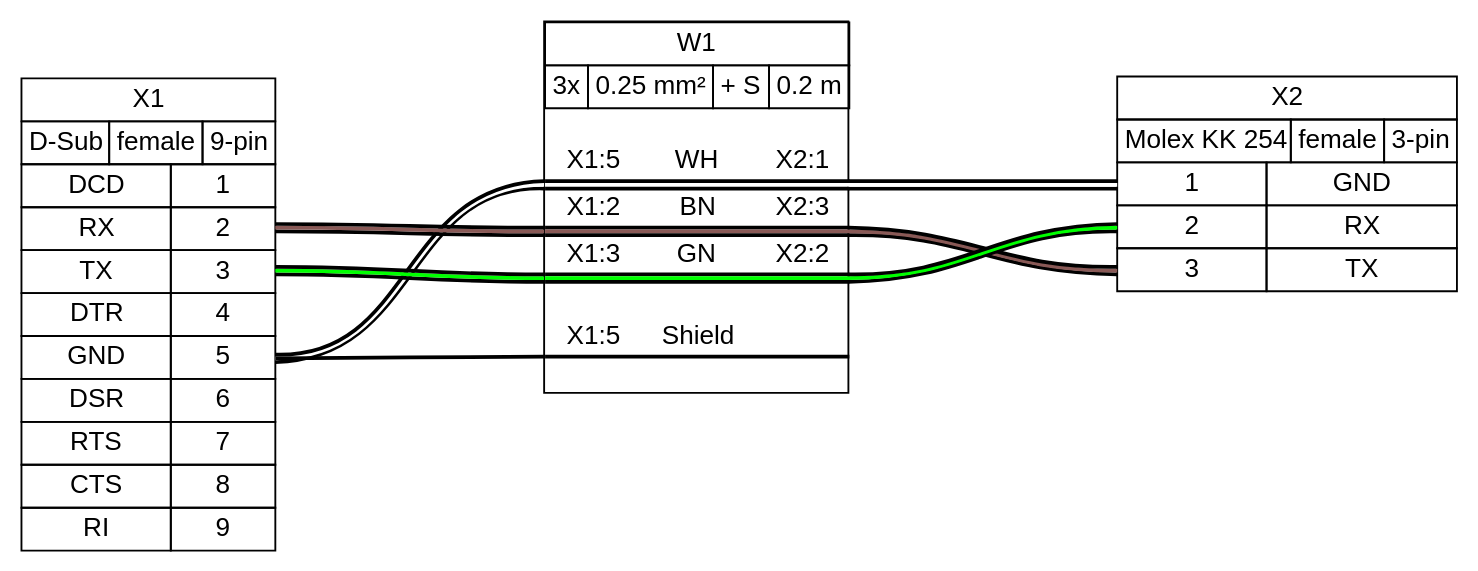
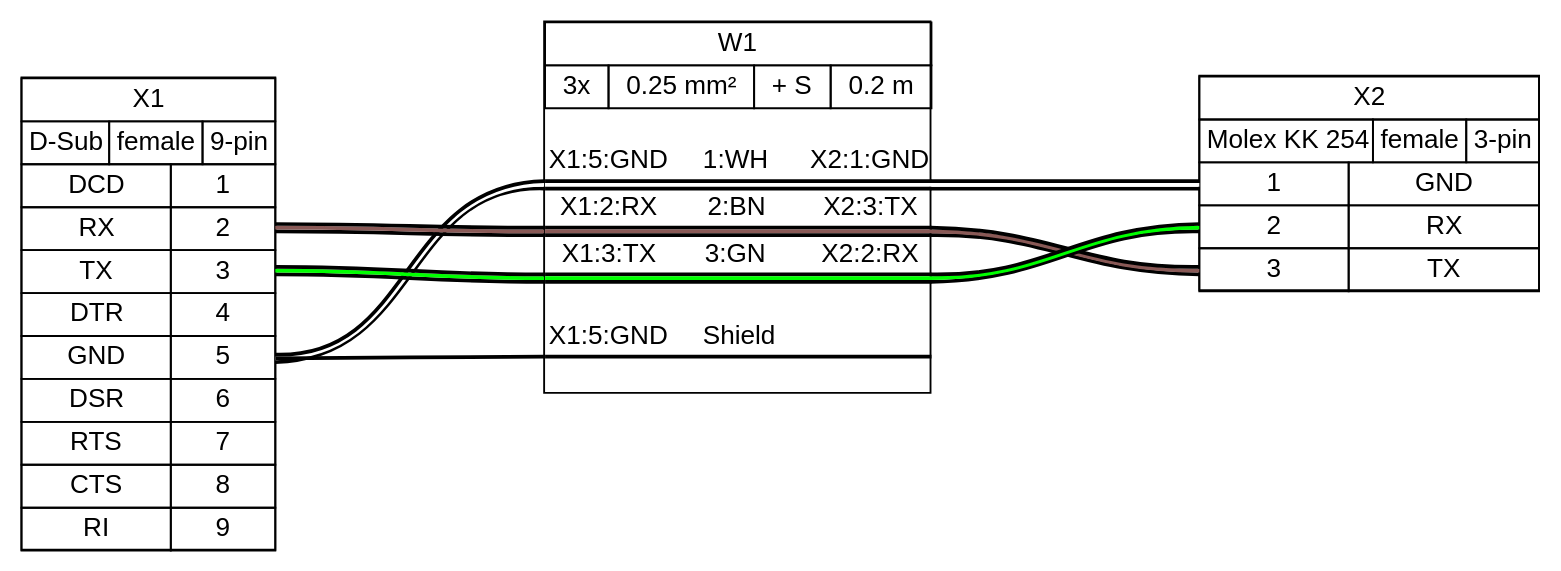
Before and after one commit to thestumbler/cables-with-wireviz: the diagram in examples/demo01.gv, drawn with Graphviz. The commit also changed 93 other files, not shown here.

```diff
--- a/examples/demo01.gv
+++ b/examples/demo01.gv
@@ -1,178 +1,184 @@
 graph {
-// Graph generated by WireViz 0.2
-// https://github.com/formatc1702/WireViz
-	graph [bgcolor=white fontname=arial nodesep=0.33 rankdir=LR ranksep=2]
-	node [fillcolor=white fontname=arial shape=record style=filled]
+// Graph generated by WireViz 0.4.1
+// https://github.com/wireviz/WireViz
+	graph [bgcolor="#FFFFFF" fontname=arial nodesep=0.33 rankdir=LR ranksep=2]
+	node [fillcolor="#FFFFFF" fontname=arial height=0 margin=0 shape=none style=filled width=0]
 	edge [fontname=arial style=bold]
 	X1 [label=<
 <table border="0" cellspacing="0" cellpadding="0">
  <tr><td>
   <table border="0" cellspacing="0" cellpadding="3" cellborder="1"><tr>
    <td balign="left">X1</td>
   </tr></table>
  </td></tr>
  <tr><td>
   <table border="0" cellspacing="0" cellpadding="3" cellborder="1"><tr>
    <td balign="left">D-Sub</td>
    <td balign="left">female</td>
    <td balign="left">9-pin</td>
   </tr></table>
  </td></tr>
  <tr><td>
   <table border="0" cellspacing="0" cellpadding="3" cellborder="1">
    <tr>
     <td>DCD</td>
     <td port="p1r">1</td>
    </tr>
    <tr>
     <td>RX</td>
     <td port="p2r">2</td>
    </tr>
    <tr>
     <td>TX</td>
     <td port="p3r">3</td>
    </tr>
    <tr>
     <td>DTR</td>
     <td port="p4r">4</td>
    </tr>
    <tr>
     <td>GND</td>
     <td port="p5r">5</td>
    </tr>
    <tr>
     <td>DSR</td>
     <td port="p6r">6</td>
    </tr>
    <tr>
     <td>RTS</td>
     <td port="p7r">7</td>
    </tr>
    <tr>
     <td>CTS</td>
     <td port="p8r">8</td>
    </tr>
    <tr>
     <td>RI</td>
     <td port="p9r">9</td>
    </tr>
   </table>
  </td></tr>
 </table>
-> fillcolor=white margin=0 shape=none style=filled]
+> fillcolor="#FFFFFF" shape=box style=filled]
 	X2 [label=<
 <table border="0" cellspacing="0" cellpadding="0">
  <tr><td>
   <table border="0" cellspacing="0" cellpadding="3" cellborder="1"><tr>
    <td balign="left">X2</td>
   </tr></table>
  </td></tr>
  <tr><td>
   <table border="0" cellspacing="0" cellpadding="3" cellborder="1"><tr>
    <td balign="left">Molex KK 254</td>
    <td balign="left">female</td>
    <td balign="left">3-pin</td>
   </tr></table>
  </td></tr>
  <tr><td>
   <table border="0" cellspacing="0" cellpadding="3" cellborder="1">
    <tr>
     <td port="p1l">1</td>
     <td>GND</td>
    </tr>
    <tr>
     <td port="p2l">2</td>
     <td>RX</td>
    </tr>
    <tr>
     <td port="p3l">3</td>
     <td>TX</td>
    </tr>
   </table>
  </td></tr>
 </table>
-> fillcolor=white margin=0 shape=none style=filled]
+> fillcolor="#FFFFFF" shape=box style=filled]
 	edge [color="#000000:#ffffff:#000000"]
 	X1:p5r:e -- W1:w1:w
 	W1:w1:e -- X2:p1l:w
 	edge [color="#000000:#895956:#000000"]
 	X1:p2r:e -- W1:w2:w
 	W1:w2:e -- X2:p3l:w
 	edge [color="#000000:#00ff00:#000000"]
 	X1:p3r:e -- W1:w3:w
 	W1:w3:e -- X2:p2l:w
 	edge [color="#000000"]
 	X1:p5r:e -- W1:ws:w
 	W1 [label=<
 <table border="0" cellspacing="0" cellpadding="0">
  <tr><td>
   <table border="0" cellspacing="0" cellpadding="3" cellborder="1"><tr>
    <td balign="left">W1</td>
   </tr></table>
  </td></tr>
  <tr><td>
   <table border="0" cellspacing="0" cellpadding="3" cellborder="1"><tr>
    <td balign="left">3x</td>
    <td balign="left">0.25 mm²</td>
    <td balign="left">+ S</td>
    <td balign="left">0.2 m</td>
   </tr></table>
  </td></tr>
  <tr><td>
   <table border="0" cellspacing="0" cellborder="0">
    <tr><td>&nbsp;</td></tr>
    <tr>
-    <td>X1:5</td>
-    <td>WH</td>
-    <td>X2:1</td>
+    <td>X1:5:GND</td>
+    <td>
+     1:WH
+    </td>
+    <td>X2:1:GND</td>
    </tr>
    <tr>
     <td colspan="3" border="0" cellspacing="0" cellpadding="0" port="w1" height="6">
      <table cellspacing="0" cellborder="0" border="0">
       <tr><td colspan="3" cellpadding="0" height="2" bgcolor="#000000" border="0"></td></tr>
       <tr><td colspan="3" cellpadding="0" height="2" bgcolor="#ffffff" border="0"></td></tr>
       <tr><td colspan="3" cellpadding="0" height="2" bgcolor="#000000" border="0"></td></tr>
      </table>
     </td>
    </tr>
    <tr>
-    <td>X1:2</td>
-    <td>BN</td>
-    <td>X2:3</td>
+    <td>X1:2:RX</td>
+    <td>
+     2:BN
+    </td>
+    <td>X2:3:TX</td>
    </tr>
    <tr>
     <td colspan="3" border="0" cellspacing="0" cellpadding="0" port="w2" height="6">
      <table cellspacing="0" cellborder="0" border="0">
       <tr><td colspan="3" cellpadding="0" height="2" bgcolor="#000000" border="0"></td></tr>
       <tr><td colspan="3" cellpadding="0" height="2" bgcolor="#895956" border="0"></td></tr>
       <tr><td colspan="3" cellpadding="0" height="2" bgcolor="#000000" border="0"></td></tr>
      </table>
     </td>
    </tr>
    <tr>
-    <td>X1:3</td>
-    <td>GN</td>
-    <td>X2:2</td>
+    <td>X1:3:TX</td>
+    <td>
+     3:GN
+    </td>
+    <td>X2:2:RX</td>
    </tr>
    <tr>
     <td colspan="3" border="0" cellspacing="0" cellpadding="0" port="w3" height="6">
      <table cellspacing="0" cellborder="0" border="0">
       <tr><td colspan="3" cellpadding="0" height="2" bgcolor="#000000" border="0"></td></tr>
       <tr><td colspan="3" cellpadding="0" height="2" bgcolor="#00ff00" border="0"></td></tr>
       <tr><td colspan="3" cellpadding="0" height="2" bgcolor="#000000" border="0"></td></tr>
      </table>
     </td>
    </tr>
    <tr><td>&nbsp;</td></tr>
    <tr>
-    <td>X1:5</td>
+    <td>X1:5:GND</td>
     <td>Shield</td>
     <td><!-- s_out --></td>
    </tr>
    <tr><td colspan="3" cellpadding="0" height="2" bgcolor="#000000" border="0" port="ws"></td></tr>
    <tr><td>&nbsp;</td></tr>
   </table>
  </td></tr>
 </table>
-> fillcolor=white margin=0 shape=box style=""]
+> fillcolor="#FFFFFF" shape=box style=filled]
 }
```
